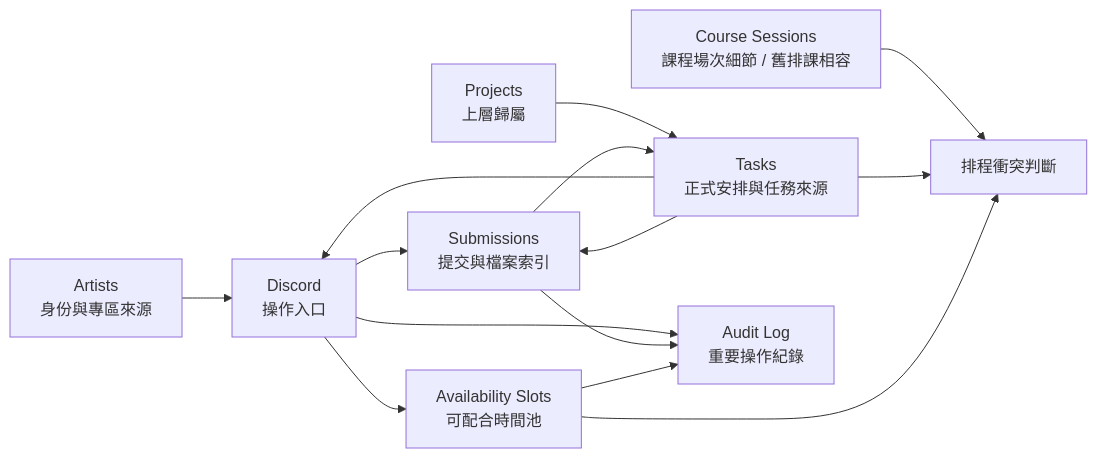
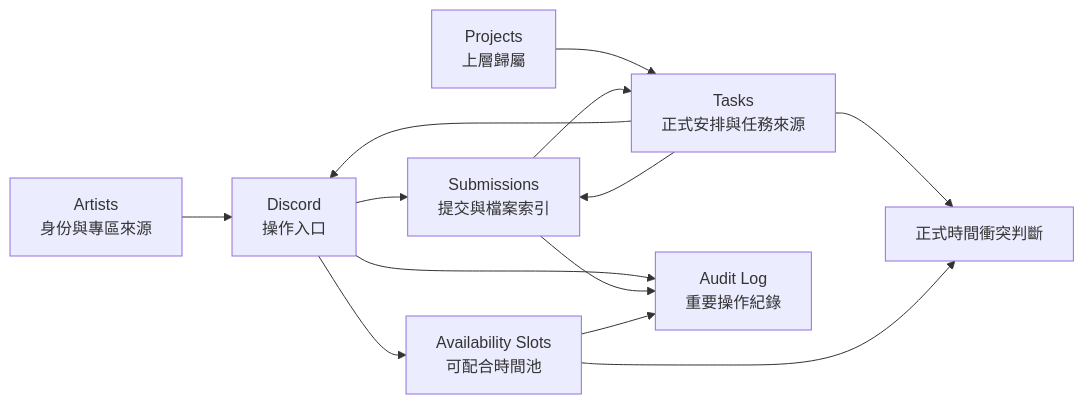
One commit to johnnysun0621/kari-kari-ai-ops changed the third of 3 diagrams in FLOWCHART.md. Above: the diagram before and after it, drawn with Mermaid. The commit also changed other lines of this file and 17 other files, not shown here.

````diff
--- a/FLOWCHART.md
+++ b/FLOWCHART.md
@@ -66,20 +62,19 @@
 ```mermaid
 flowchart LR
     Artists["Artists\n身份與專區來源"] --> Discord["Discord\n操作入口"]
     Discord --> Availability["Availability Slots\n可配合時間池"]
     Discord --> Submissions["Submissions\n提交與檔案索引"]
 
     Projects["Projects\n上層歸屬"] --> Tasks["Tasks\n正式安排與任務來源"]
     Tasks --> Discord
     Tasks --> Submissions
     Submissions --> Tasks
 
-    CourseSessions["Course Sessions\n課程場次細節 / 舊排課相容"] --> Scheduling["排程衝突判斷"]
-    Tasks --> Scheduling
-    Availability --> Scheduling
+    Tasks --> ScheduleCheck["正式時間衝突判斷"]
+    Availability --> ScheduleCheck
 
     AuditLog["Audit Log\n重要操作紀錄"]
     Discord --> AuditLog
     Submissions --> AuditLog
     Availability --> AuditLog
 ```
````
